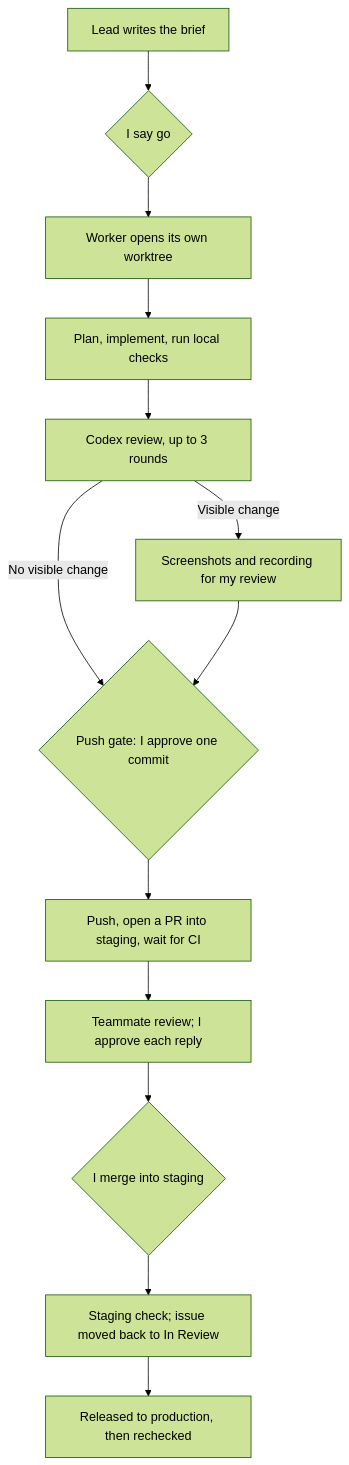
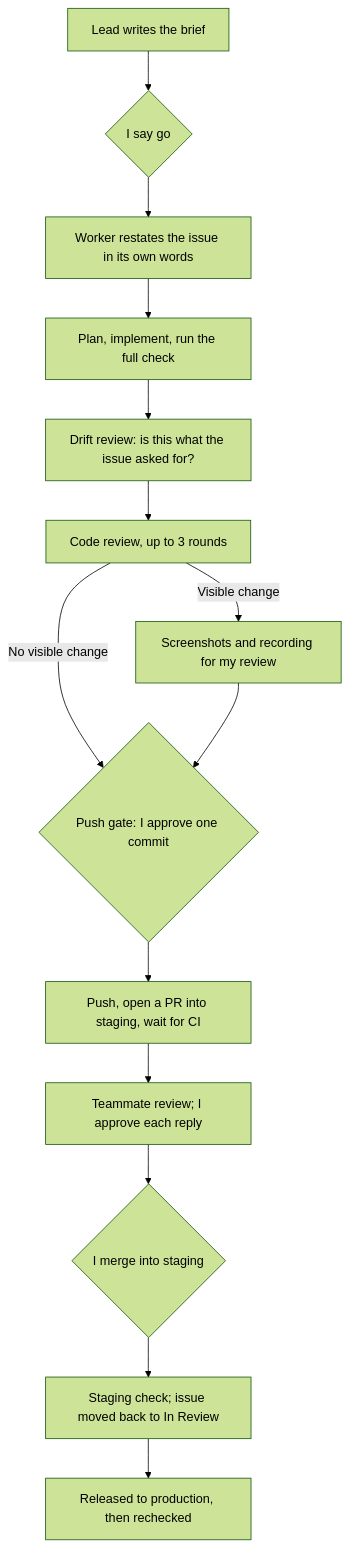
Before and after one commit to RankaiHQ/rankai-ai-workbook: the first of 2 diagrams in docs/en/04-agent-workflow.md, drawn with Mermaid (forest theme). The commit also changed other lines of this file and 4 other files, not shown here.

First line of the commit message:
Rewrite chapter 4 against agent-flow as of 13 November

````diff
--- a/docs/en/04-agent-workflow.md
+++ b/docs/en/04-agent-workflow.md
@@ -40,15 +41,16 @@
 ```mermaid
 flowchart TD
     A[Lead writes the brief] --> B{I say go}
-    B --> C[Worker opens its own worktree]
-    C --> D[Plan, implement, run local checks]
-    D --> E[Codex review, up to 3 rounds]
-    E -->|Visible change| F[Screenshots and recording for my review]
-    E -->|No visible change| G
-    F --> G{Push gate: I approve one commit}
-    G --> H[Push, open a PR into staging, wait for CI]
-    H --> I[Teammate review; I approve each reply]
-    I --> J{I merge into staging}
-    J --> K[Staging check; issue moved back to In Review]
-    K --> L[Released to production, then rechecked]
+    B --> C[Worker restates the issue in its own words]
+    C --> D[Plan, implement, run the full check]
+    D --> E[Drift review: is this what the issue asked for?]
+    E --> F[Code review, up to 3 rounds]
+    F -->|Visible change| G[Screenshots and recording for my review]
+    F -->|No visible change| H
+    G --> H{Push gate: I approve one commit}
+    H --> I[Push, open a PR into staging, wait for CI]
+    I --> J[Teammate review; I approve each reply]
+    J --> K{I merge into staging}
+    K --> L[Staging check; issue moved back to In Review]
+    L --> M[Released to production, then rechecked]
 ```
````
